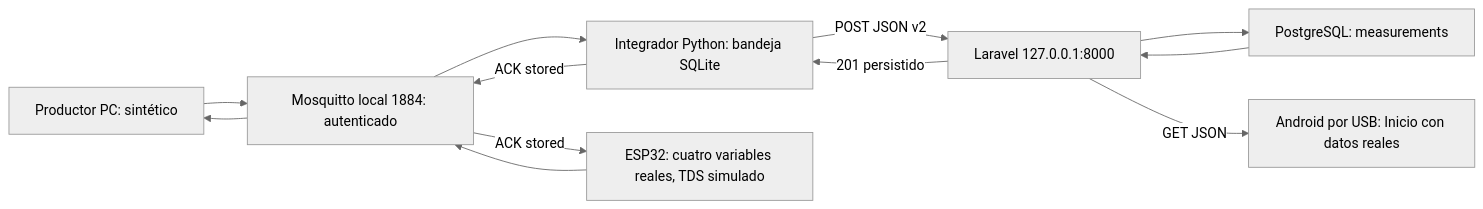
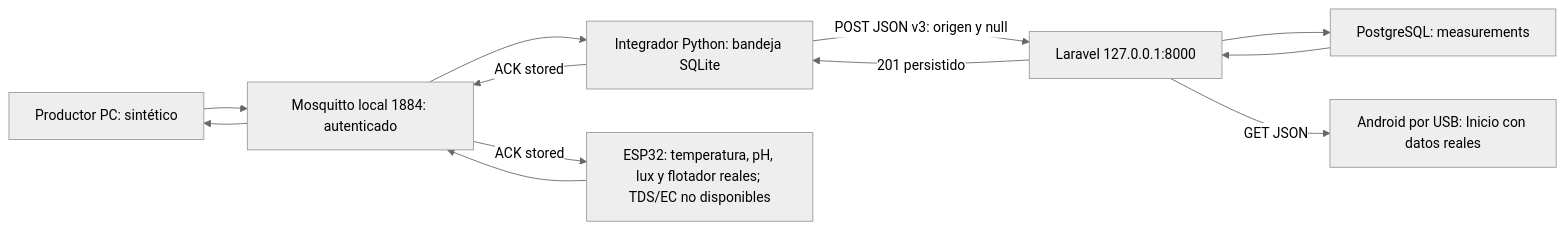
Before and after one commit to komvo/HydroMate: the diagram in talleres/taller-05/diagramas/flujo-local.mmd, drawn with Mermaid (neutral theme). The commit also changed 92 other files, not shown here.

```diff
--- a/talleres/taller-05/diagramas/flujo-local.mmd
+++ b/talleres/taller-05/diagramas/flujo-local.mmd
@@ -1,12 +1,12 @@
 flowchart LR
   PC["Productor PC: sintético"] --> M["Mosquitto local 1884: autenticado"]
   M --> I["Integrador Python: bandeja SQLite"]
-  I -->|"POST JSON v2"| A["Laravel 127.0.0.1:8000"]
+  I -->|"POST JSON v3: origen y null"| A["Laravel 127.0.0.1:8000"]
   A --> B["PostgreSQL: measurements"]
   B --> A
   A -->|"GET JSON"| D["Android por USB: Inicio con datos reales"]
   A -->|"201 persistido"| I
   I -->|"ACK stored"| M
   M --> PC
-  E["ESP32: cuatro variables reales, TDS simulado"] --> M
+  E["ESP32: temperatura, pH, lux y flotador reales; TDS/EC no disponibles"] --> M
   M -->|"ACK stored"| E
```
